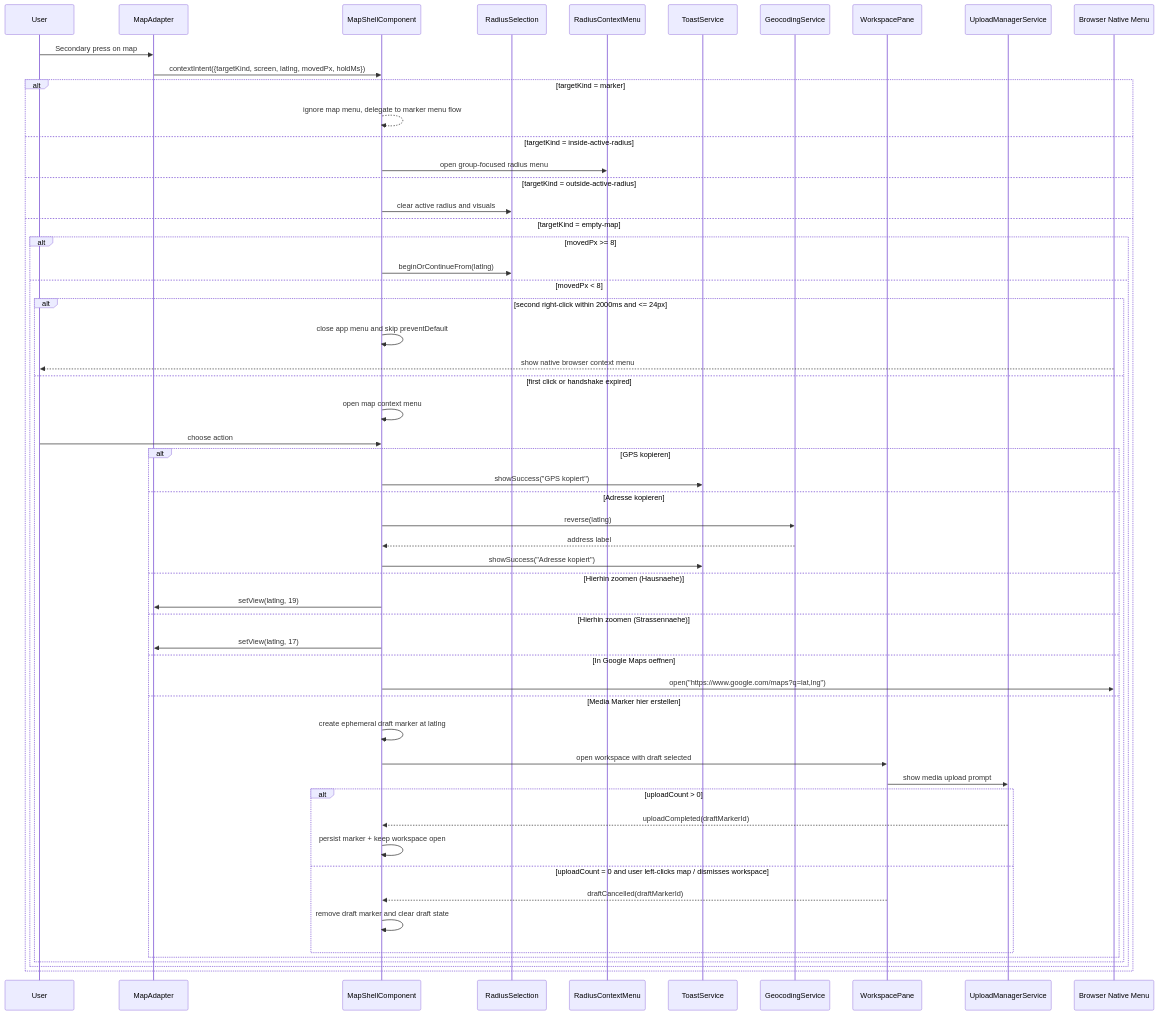
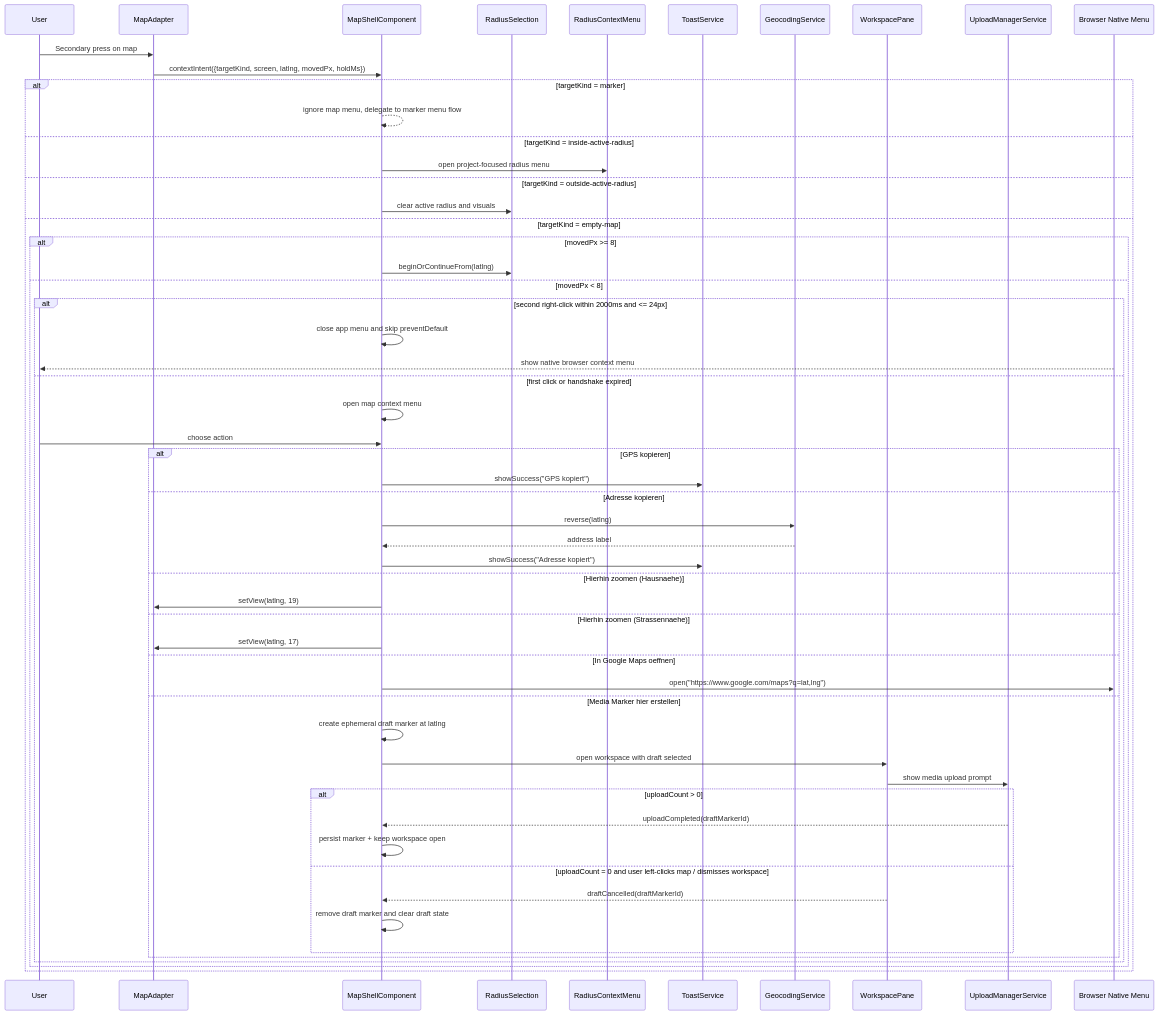
The second of 2 diagrams in docs/element-specs/map-context-menu.md (matkleve/feldpost), drawn with Mermaid before and after one commit. The commit also changed other lines of this file and 22 other files, not shown here.

````diff
--- a/docs/element-specs/map-context-menu.md
+++ b/docs/element-specs/map-context-menu.md
@@ -143,59 +144,59 @@
 ```mermaid
 sequenceDiagram
   participant U as User
   participant MA as MapAdapter
   participant MS as MapShellComponent
   participant RS as RadiusSelection
   participant RCM as RadiusContextMenu
   participant TS as ToastService
   participant GS as GeocodingService
   participant WP as WorkspacePane
   participant UM as UploadManagerService
   participant BR as Browser Native Menu
 
   U->>MA: Secondary press on map
   MA->>MS: contextIntent({targetKind, screen, latlng, movedPx, holdMs})
   alt targetKind = marker
     MS-->>MS: ignore map menu, delegate to marker menu flow
   else targetKind = inside-active-radius
-    MS->>RCM: open group-focused radius menu
+    MS->>RCM: open project-focused radius menu
   else targetKind = outside-active-radius
     MS->>RS: clear active radius and visuals
   else targetKind = empty-map
     alt movedPx >= 8
       MS->>RS: beginOrContinueFrom(latlng)
     else movedPx < 8
       alt second right-click within 2000ms and <= 24px
         MS->>MS: close app menu and skip preventDefault
         BR-->>U: show native browser context menu
       else first click or handshake expired
         MS->>MS: open map context menu
         U->>MS: choose action
         alt GPS kopieren
           MS->>TS: showSuccess("GPS kopiert")
         else Adresse kopieren
           MS->>GS: reverse(latlng)
           GS-->>MS: address label
           MS->>TS: showSuccess("Adresse kopiert")
         else Hierhin zoomen (Hausnaehe)
           MS->>MA: setView(latlng, 19)
         else Hierhin zoomen (Strassennaehe)
           MS->>MA: setView(latlng, 17)
         else In Google Maps oeffnen
           MS->>BR: open("https://www.google.com/maps?q=lat,lng")
         else Media Marker hier erstellen
           MS->>MS: create ephemeral draft marker at latlng
           MS->>WP: open workspace with draft selected
           WP->>UM: show media upload prompt
           alt uploadCount > 0
             UM-->>MS: uploadCompleted(draftMarkerId)
             MS->>MS: persist marker + keep workspace open
           else uploadCount = 0 and user left-clicks map / dismisses workspace
             WP-->>MS: draftCancelled(draftMarkerId)
             MS->>MS: remove draft marker and clear draft state
           end
         end
       end
     end
   end
 ```
````
